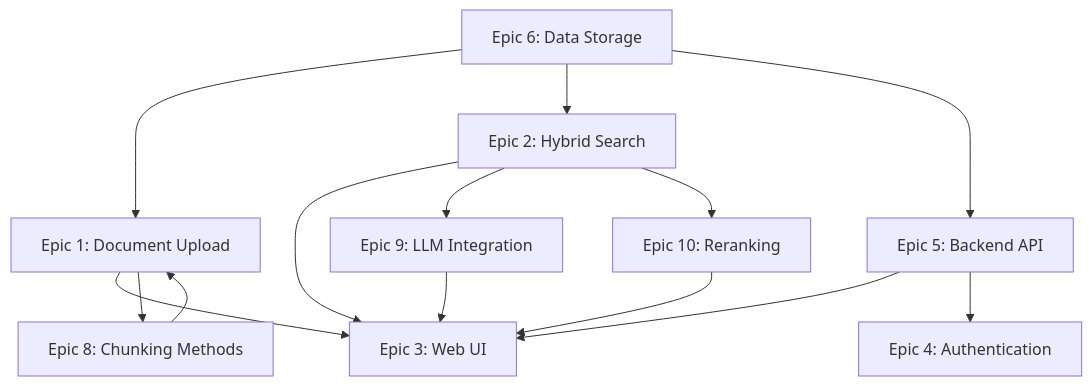
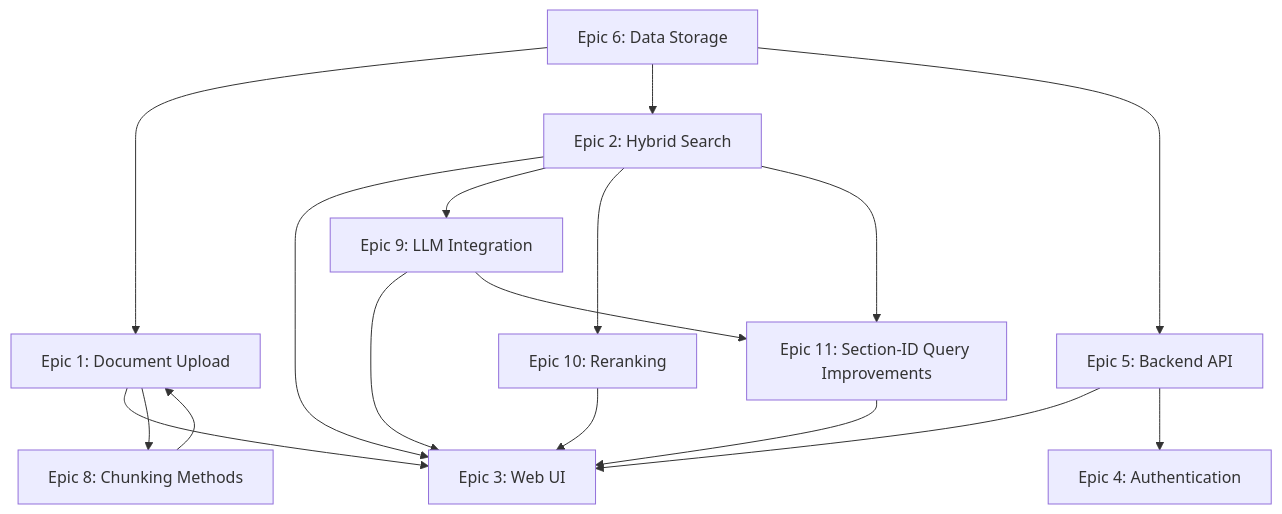
Before and after one commit to manaalmashpher/rag-backend-for-chatbot: the diagram in docs/epics/index.md, drawn with Mermaid. The commit also changed other lines of this file and 5 other files, not shown here.

````diff
--- a/docs/epics/index.md
+++ b/docs/epics/index.md
@@ -71,16 +78,19 @@
 ```mermaid
 graph TD
     A[Epic 6: Data Storage] --> B[Epic 1: Document Upload]
     A --> C[Epic 2: Hybrid Search]
     A --> D[Epic 5: Backend API]
     B --> E[Epic 3: Web UI]
     C --> E
     D --> E
     B --> F[Epic 8: Chunking Methods]
     F --> B
     C --> I[Epic 9: LLM Integration]
     I --> E
     C --> J[Epic 10: Reranking]
     J --> E
+    C --> K[Epic 11: Section-ID Query Improvements]
+    K --> E
+    I --> K
     D --> G[Epic 4: Authentication]
 ```
````
